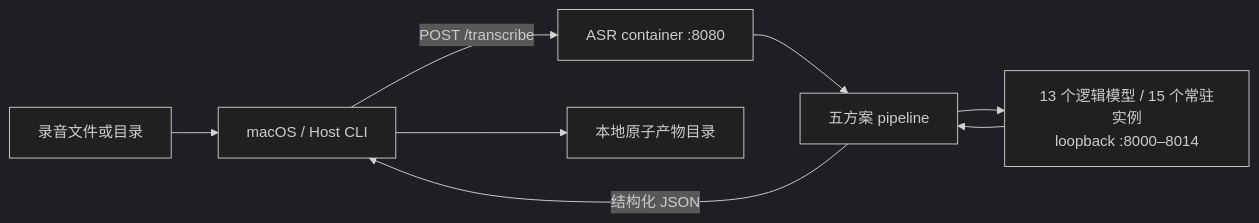
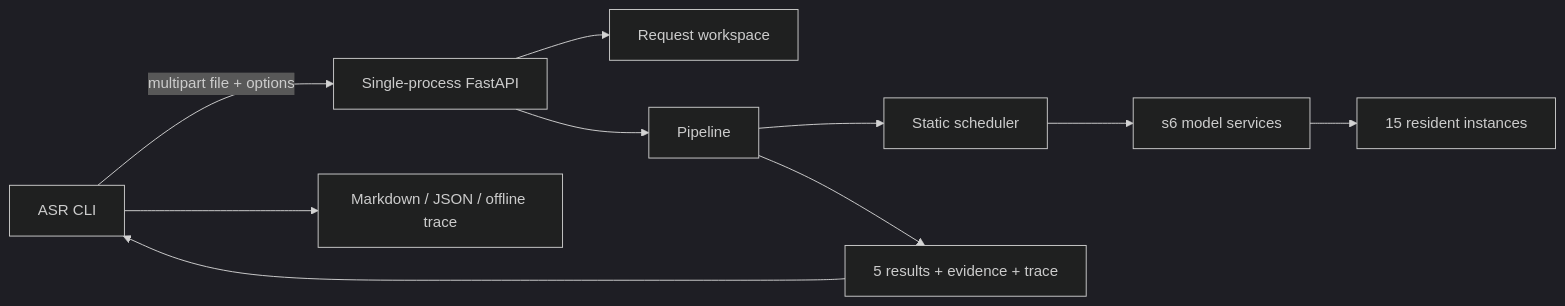
Before and after one commit to curoky/codespace: the first of 2 diagrams in platform/container/services/asr/DESIGN.md, drawn with Mermaid (dark theme). The commit also changed other lines of this file and 139 other files, not shown here.

First line of the commit message:
refactor(asr): isolate model deployment units

````diff
--- a/platform/container/services/asr/DESIGN.md
+++ b/platform/container/services/asr/DESIGN.md
@@ -7,10 +12,12 @@
 ```mermaid
 flowchart LR
-    Input[录音文件或目录] --> CLI[macOS / Host CLI]
-    CLI -->|POST /transcribe| API[ASR container :8080]
-    API --> Pipeline[五方案 pipeline]
-    Pipeline --> Models[13 个逻辑模型 / 15 个常驻实例<br/>loopback :8000–8014]
-    Models --> Pipeline
-    Pipeline -->|结构化 JSON| CLI
-    CLI --> Output[本地原子产物目录]
+    Client[ASR CLI] -->|multipart file + options| API[Single-process FastAPI]
+    API --> Work[Request workspace]
+    API --> Pipeline[Pipeline]
+    Pipeline --> Scheduler[Static scheduler]
+    Scheduler --> S6[s6 model services]
+    S6 --> Models[15 resident instances]
+    Pipeline --> Response[5 results + evidence + trace]
+    Response --> Client
+    Client --> Files[Markdown / JSON / offline trace]
 ```
````
